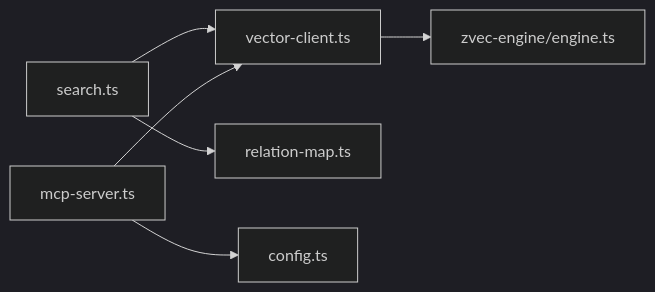
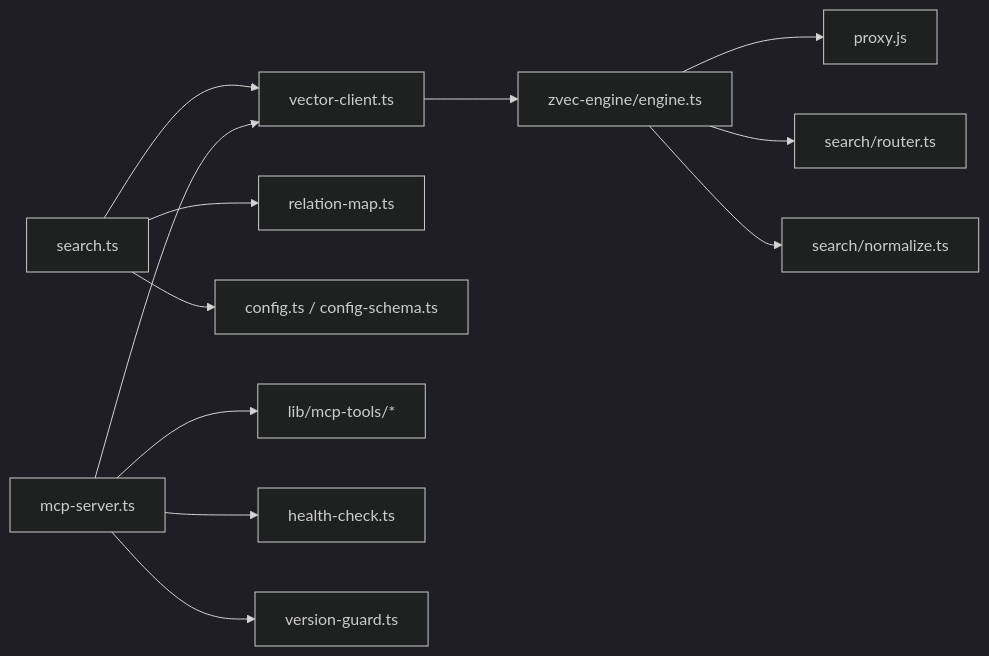
One commit to HACK-WU/kisearch changed the eighth of 8 diagrams in .qoder/repowiki/zh/content/项目概述/项目概述.md. Above: the diagram before and after it, drawn with Mermaid (dark theme). The commit also changed other lines of this file and 623 other files, not shown here.

````diff
--- a/.qoder/repowiki/zh/content/项目概述/项目概述.md
+++ b/.qoder/repowiki/zh/content/项目概述/项目概述.md
@@ -291,8 +310,14 @@
 ```mermaid
 graph LR
-Search["search.ts"] --> VC["vector-client.ts"]
-Search --> RM["relation-map.ts"]
-MCP["mcp-server.ts"] --> VC
-MCP --> CFG["config.ts"]
-VC --> ENG["zvec-engine/engine.ts"]
+SEARCH["search.ts"] --> VC["vector-client.ts"]
+SEARCH --> RM["relation-map.ts"]
+SEARCH --> CFG["config.ts / config-schema.ts"]
+MCP["mcp-server.ts"] --> TOOLS["lib/mcp-tools/*"]
+MCP --> VC
+MCP --> HC["health-check.ts"]
+MCP --> VG["version-guard.ts"]
+VC --> ZE["zvec-engine/engine.ts"]
+ZE --> PROXY["proxy.js"]
+ZE --> ROUTER["search/router.ts"]
+ZE --> NORM["search/normalize.ts"]
 ```
````
